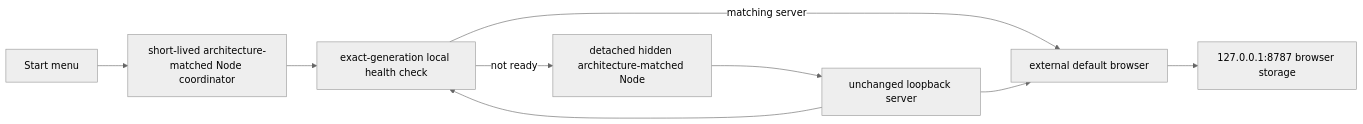
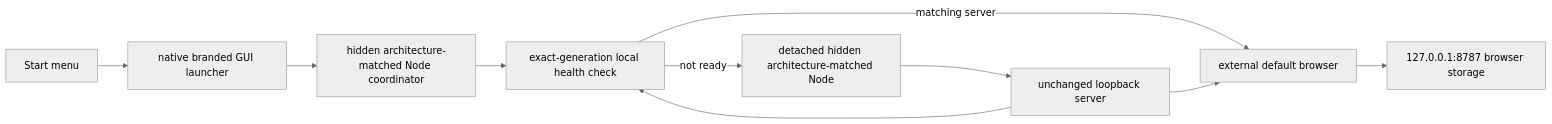
Before and after one commit to raymond-nassar/recap-page: the diagram in docs/MICROSOFT_STORE.md, drawn with Mermaid (neutral theme). The commit also changed other lines of this file and 27 other files, not shown here.

````diff
--- a/docs/MICROSOFT_STORE.md
+++ b/docs/MICROSOFT_STORE.md
@@ -173,11 +173,12 @@
 ```mermaid
 flowchart LR
-  Start["Start menu"] --> Coordinator["short-lived architecture-matched Node coordinator"]
+  Start["Start menu"] --> GUI["native branded GUI launcher"]
+  GUI --> Coordinator["hidden architecture-matched Node coordinator"]
   Coordinator --> Health["exact-generation local health check"]
   Health -->|"not ready"| Node["detached hidden architecture-matched Node"]
   Node --> Server["unchanged loopback server"]
   Health -->|"matching server"| Browser
   Server --> Health
   Server --> Browser["external default browser"]
   Browser --> Origin["127.0.0.1:8787 browser storage"]
 ```
````
